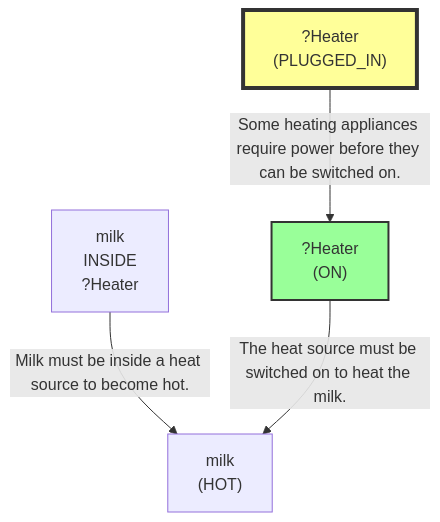
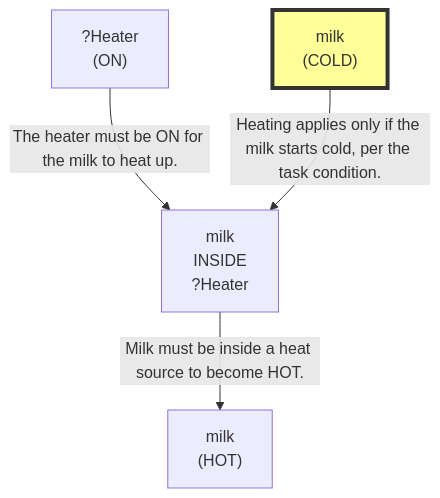
The eighth of 12 diagrams in evaluation/results/table3/robostate/runs/without_memory/M3_15/run_T3_without_memory_M3_15.md (scuama/virtualhome), drawn with Mermaid before and after one commit. The commit also changed other lines of this file and 507 other files, not shown here.

````diff
--- a/evaluation/results/table3/robostate/runs/without_memory/M3_15/run_T3_without_memory_M3_15.md
+++ b/evaluation/results/table3/robostate/runs/without_memory/M3_15/run_T3_without_memory_M3_15.md
@@ -604,12 +573,11 @@
 ```mermaid
 graph TD
     N1["milk<br>(HOT)"]
-    N2["?Heater<br>(ON)"]
-    style N2 fill:#9f9,stroke:#333,stroke-width:2px
-    N3["?Heater<br>(PLUGGED_IN)"]
-    style N3 fill:#ff9,stroke:#333,stroke-width:4px
-    N4["milk<br>INSIDE<br>?Heater"]
-    N4 -->|"Milk must be inside a heat source to become hot."| N1
-    N2 -->|"The heat source must be switched on to heat the milk."| N1
-    N3 -->|"Some heating appliances require power before they can be switched on."| N2
+    N2["milk<br>INSIDE<br>?Heater"]
+    N3["?Heater<br>(ON)"]
+    N4["milk<br>(COLD)"]
+    style N4 fill:#ff9,stroke:#333,stroke-width:4px
+    N2 -->|"Milk must be inside a heat source to become HOT."| N1
+    N3 -->|"The heater must be ON for the milk to heat up."| N2
+    N4 -->|"Heating applies only if the milk starts cold, per the task condition."| N2
 ```
````
